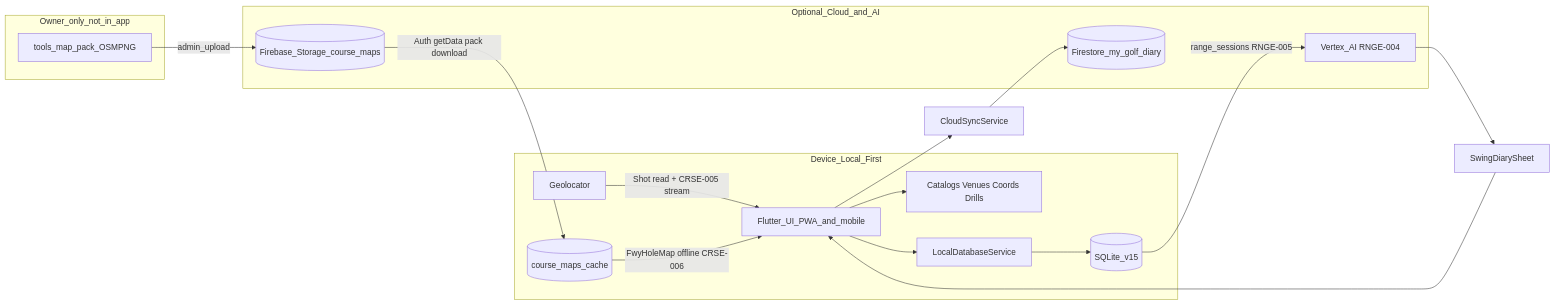
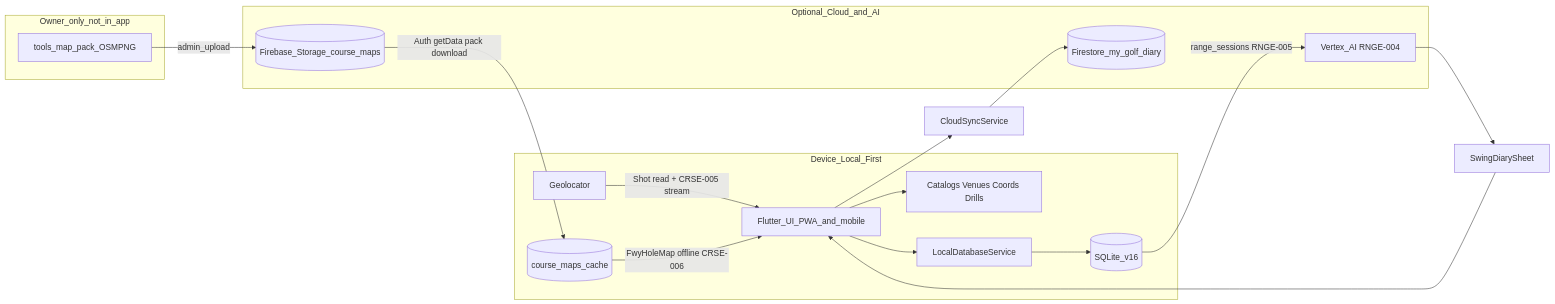
The first of 4 diagrams in docs/context/Architecture.md (ograva/My-Golf-Diary), drawn with Mermaid before and after one commit. The commit also changed other lines of this file and 29 other files, not shown here.

````diff
--- a/docs/context/Architecture.md
+++ b/docs/context/Architecture.md
@@ -19,31 +19,31 @@
 ```mermaid
 flowchart LR
   subgraph device [Device_Local_First]
     UI[Flutter_UI_PWA_and_mobile]
     CAT["Catalogs Venues Coords Drills"]
     LDS[LocalDatabaseService]
-    DB[(SQLite_v15)]
+    DB[(SQLite_v16)]
     PACK[(course_maps_cache)]
     GPS[Geolocator]
     UI --> CAT
     UI --> LDS
     LDS --> DB
     GPS -->|"Shot read + CRSE-005 stream"| UI
     PACK -->|"FwyHoleMap offline CRSE-006"| UI
   end
   subgraph build [Owner_only_not_in_app]
     MP[tools_map_pack_OSMPNG]
   end
   subgraph cloud [Optional_Cloud_and_AI]
     FS[(Firestore_my_golf_diary)]
     FST[(Firebase_Storage_course_maps)]
     GEMINI["Vertex_AI RNGE-004"]
   end
   MP -->|admin_upload| FST
   CS[CloudSyncService] --> FS
   UI --> CS
   FST -->|"Auth getData pack download"| PACK
   DB -->|"range_sessions RNGE-005"| GEMINI
   GEMINI --> SwingDiarySheet
   SwingDiarySheet --> UI
 ```
````
